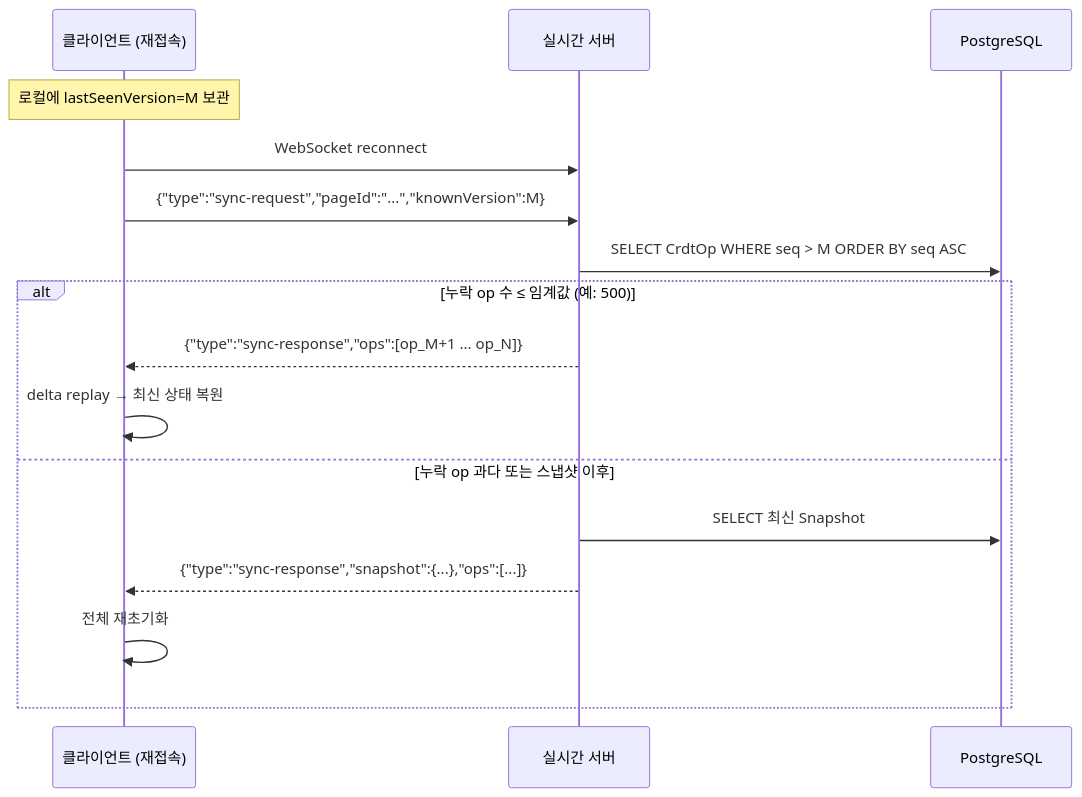
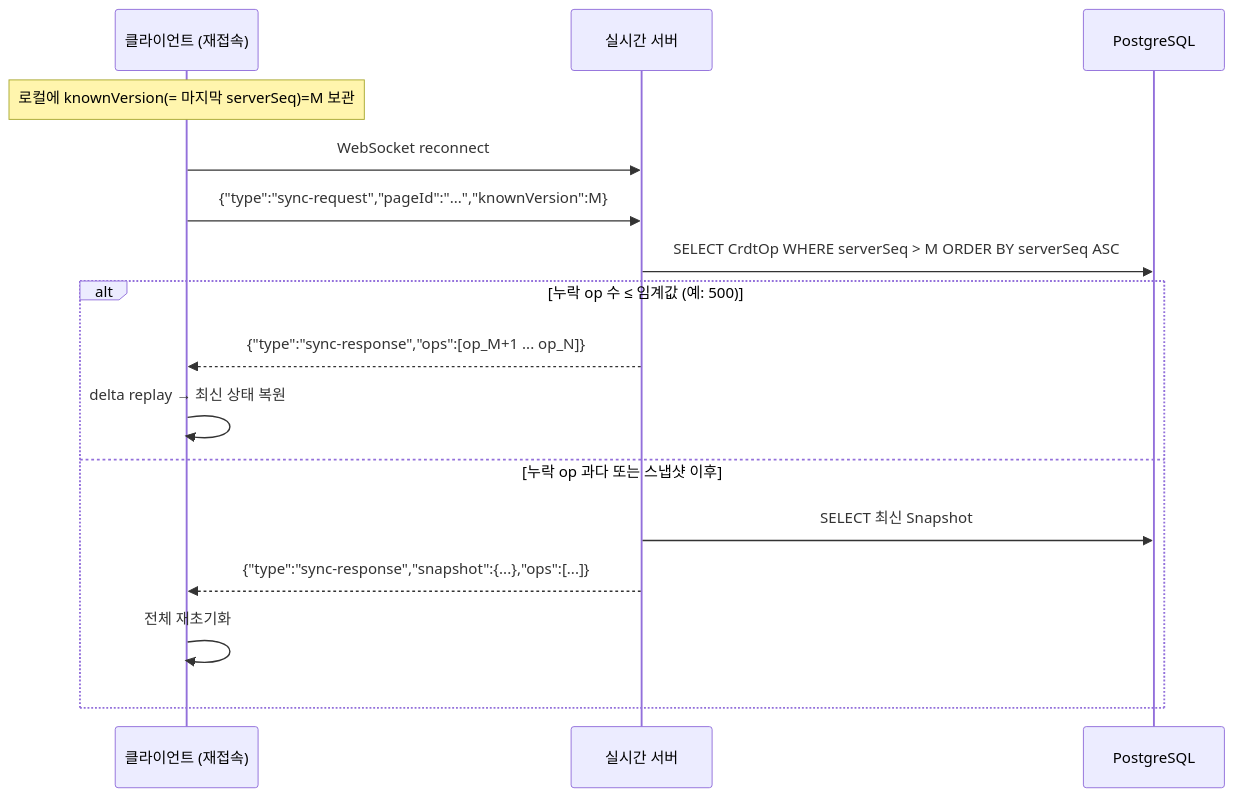
The fourth of 4 diagrams in requirements/04-architecture.md (rnqhstmd/Ieum), drawn with Mermaid before and after one commit. The commit also changed other lines of this file and 9 other files, not shown here.

````diff
--- a/requirements/04-architecture.md
+++ b/requirements/04-architecture.md
@@ -140,19 +140,19 @@
 ```mermaid
 sequenceDiagram
   participant C as 클라이언트 (재접속)
   participant WS as 실시간 서버
   participant DB as PostgreSQL
 
-  Note over C: 로컬에 lastSeenVersion=M 보관
+  Note over C: 로컬에 knownVersion(= 마지막 serverSeq)=M 보관
   C->>WS: WebSocket reconnect
   C->>WS: {"type":"sync-request","pageId":"...","knownVersion":M}
-  WS->>DB: SELECT CrdtOp WHERE seq > M ORDER BY seq ASC
+  WS->>DB: SELECT CrdtOp WHERE serverSeq > M ORDER BY serverSeq ASC
   alt 누락 op 수 ≤ 임계값 (예: 500)
     WS-->>C: {"type":"sync-response","ops":[op_M+1 ... op_N]}
     C->>C: delta replay → 최신 상태 복원
   else 누락 op 과다 또는 스냅샷 이후
     WS->>DB: SELECT 최신 Snapshot
     WS-->>C: {"type":"sync-response","snapshot":{...},"ops":[...]}
     C->>C: 전체 재초기화
   end
 ```
````
